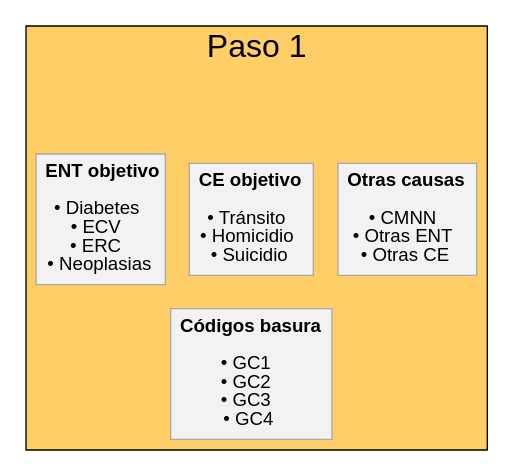
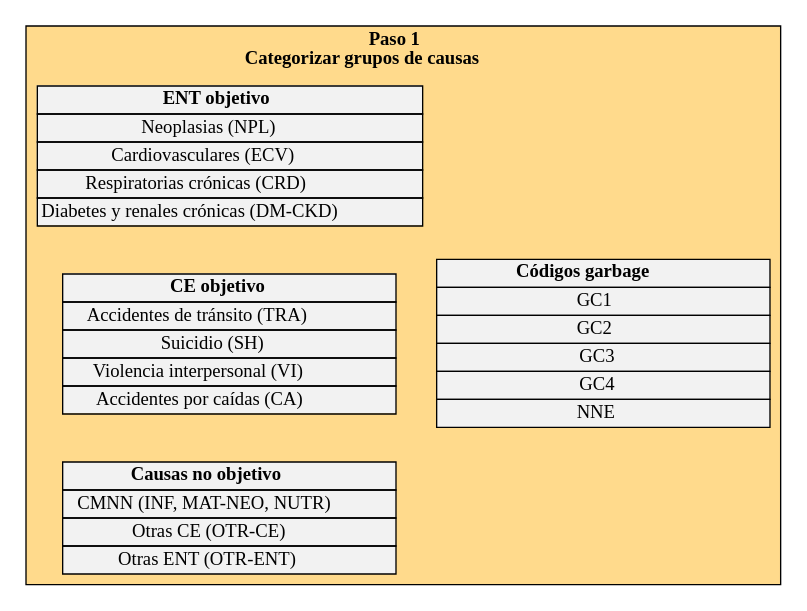
The first of 4 diagrams in index.qmd (datos-ine/power_recod_GC), drawn with Graphviz before and after one commit. The commit also changed other lines of this file and 32 other files, not shown here.

````diff
--- a/index.qmd
+++ b/index.qmd
@@ -264,42 +398,108 @@
 ```{dot}
 //| id: Paso 1
-digraph{
-    graph [
-    layout = dot,
-    rankdir = TR,
-    fontsize=24,
-    fontname="Arial",
-    labelloc="t"
-    ]
+digraph G {
+    rankdir=LR
+   graph[
+    fontsize = 14
+    fontname="Times-Roman"
+    style = filled
+    nodesep=.5
+    ranksep=.15
+    compound=true
+   ]
   
-    node [
-    shape = box,
+   node[
+    shape = plain
     style = filled
-    color = darkgrey,
-    fillcolor = grey95,
-    fontname="Arial",
-    margin = 0.1
-    ]
+    fillcolor="grey95"
+    fontsize = 14
+    fontname="Times-Roman"
+    width=3.25
+   ]
   
-  // Paso 1
-    subgraph cluster1{
-      bgcolor = "#FFCE66"
-      ranksep=.5
-      label="Paso 1"
-
-      t1[style="invis"]
-
-      a1[label=<<b>ENT objetivo</b><br/><br/> • Diabetes <br/> • ECV <br/> • ERC <br/> • Neoplasias>]
-
-      b1[label=<<b>CE objetivo</b> <br/><br/> • Tránsito <br/> • Homicidio <br/> • Suicidio>]
-      
-      c1[label=<<b>Otras causas</b> <br/><br/> • CMNN <br/> • Otras ENT <br/> • Otras CE>]
-
-      d1[label=<<b>Códigos basura</b> <br/><br/> • GC1 <br/> • GC2 <br/> • GC3 <br/> • GC4>]
-          
-    }
-      
-      ## Ordenar nodos ##
-      t1 -> {a1; b1; c1} -> d1[style = invis]    
-}
+   subgraph cluster_paso1{  
+    fillcolor="#FFCE66BF" 
+    label = <<b>Paso 1<br/> Categorizar grupos de causas</b>>
+  
+    ent1[label = <
+    <table border="0" cellborder = "1" cellspacing  ="0">
+    <tr>
+    <td width="250"><b>ENT objetivo</b></td>
+    </tr>
+    <tr>
+    <td> Neoplasias (NPL) </td>
+    </tr>    
+    <tr>
+    <td> Cardiovasculares (ECV) </td>
+    </tr>
+    <tr>
+    <td> Respiratorias crónicas (CRD) </td>
+    </tr>    
+    <tr>
+    <td> Diabetes y renales crónicas (DM-CKD) </td>
+    </tr>
+    </table>
+    >]
+  
+    ce1[label = <
+    <table border="0" cellborder = "1" cellspacing  ="0">
+    <tr>
+    <td width="250"><b>CE objetivo</b></td>
+    </tr>
+    <tr>
+    <td> Accidentes de tránsito (TRA) </td>
+    </tr>
+    <tr>
+    <td> Suicidio (SH) </td>
+    </tr>    
+    <tr>
+    <td> Violencia interpersonal (VI) </td>
+    </tr> 
+    <tr>
+    <td> Accidentes por caídas (CA) </td>
+    </tr> 
+    </table>
+    >]
+  
+    otras1[label = <
+    <table border="0" cellborder = "1" cellspacing  ="0">
+    <tr>
+    <td width="250"><b>Causas no objetivo</b></td>
+    </tr>
+    <tr>
+    <td> CMNN (INF, MAT-NEO, NUTR) </td>
+    </tr>
+    <tr>
+    <td> Otras CE (OTR-CE) </td>
+    </tr>
+    <tr>
+    <td> Otras ENT (OTR-ENT) </td>
+    </tr>
+    </table>
+    >]
+  
+    gc1[label = <
+    <table border="0" cellborder = "1" cellspacing  ="0">
+    <tr>
+    <td width="250"><b>Códigos garbage</b></td>
+    </tr>
+    <tr>
+    <td> GC1 </td>
+    </tr>
+    <tr>
+    <td> GC2 </td>
+    </tr>
+    <tr>
+    <td> GC3</td>
+    </tr>
+    <tr>
+    <td> GC4</td>
+    </tr>
+    <tr>
+    <td port="nne"> NNE</td>
+    </tr>
+    </table>
+    >]
+   }
+   ce1 -> gc1 [style="invis"]}
 ```
````
